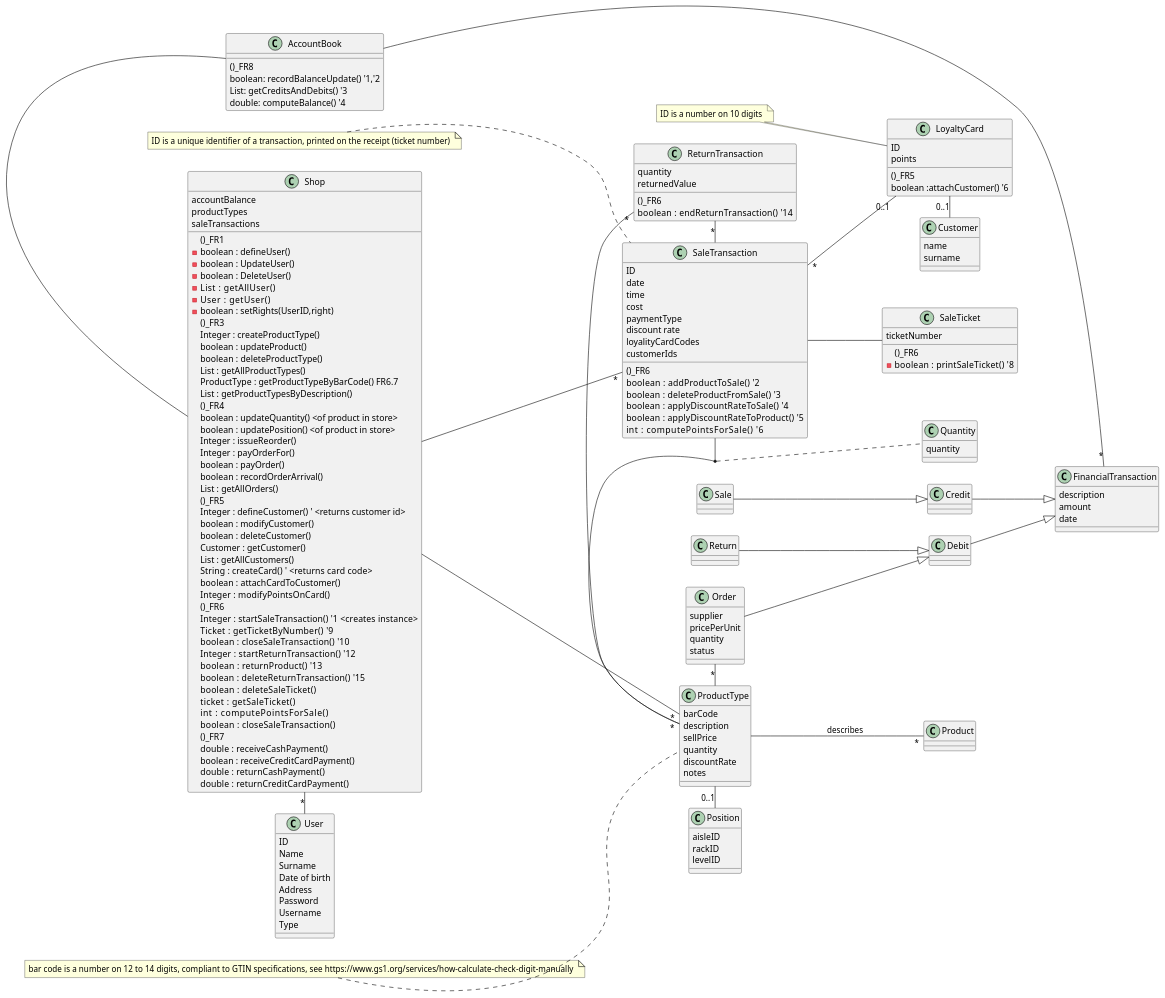
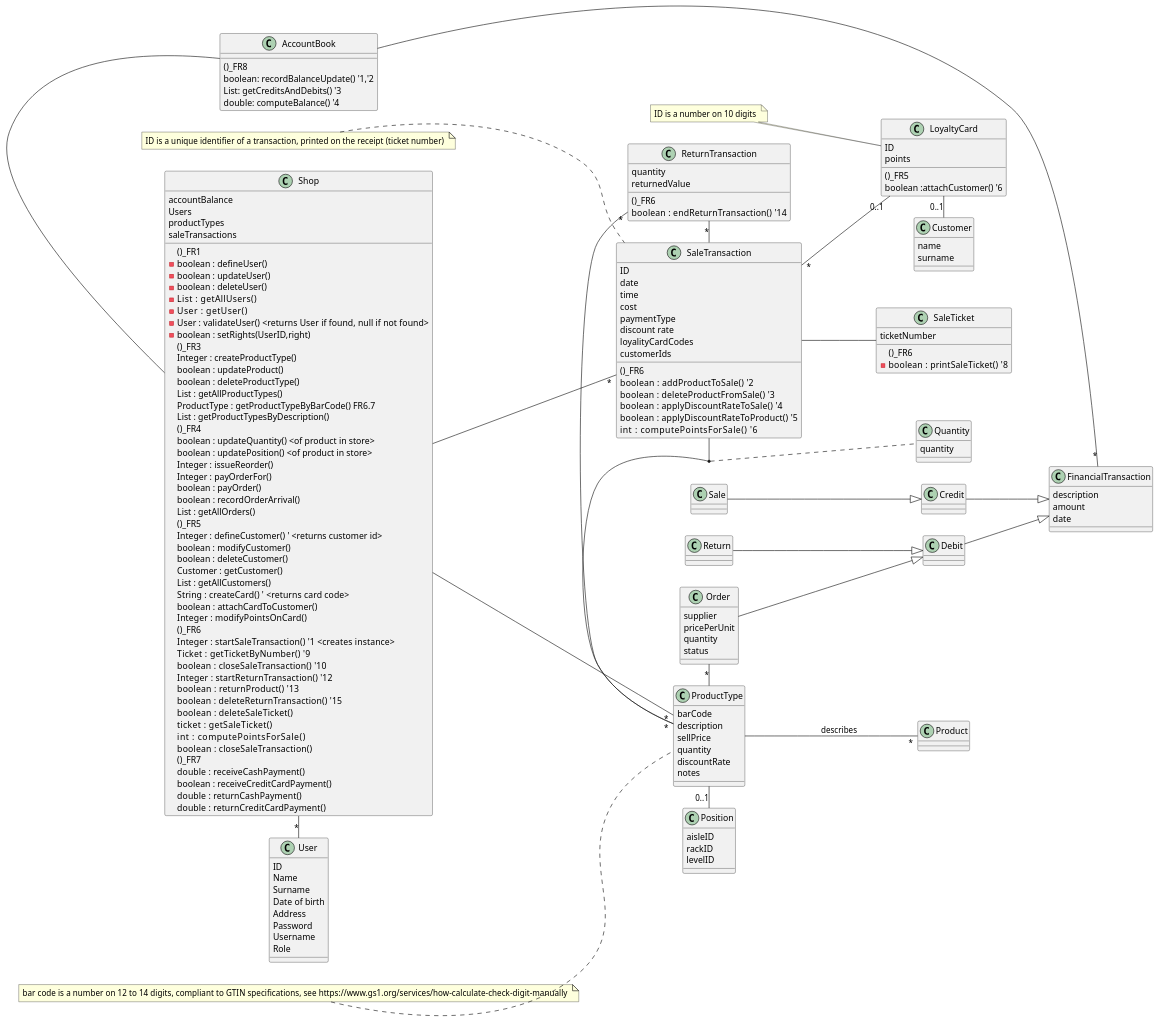
One commit to zitabou/EZShop changed the second of 9 diagrams in Deliverables/DesignDocument.md. Above: the diagram before and after it, drawn with PlantUML. The commit also changed other lines of this file, not shown here.

Commit message:
add sequence 1.x 2.x

```diff
--- a/Deliverables/DesignDocument.md
+++ b/Deliverables/DesignDocument.md
@@ -51,14 +51,16 @@
 
 class Shop{
     accountBalance
+    Users
     productTypes
     saleTransactions
     ()_FR1
     -boolean : defineUser()
-    -boolean : UpdateUser()
-    -boolean : DeleteUser()
-    -List    : getAllUser()
+    -boolean : updateUser()
+    -boolean : deleteUser()
+    -List    : getAllUsers()
     -User    : getUser()
+    -User : validateUser()  <returns User if found, null if not found>
     -boolean : setRights(UserID,right)
     ()_FR3
     Integer : createProductType()
@@ -110,7 +112,7 @@
     Address
     Password
     Username
-    Type
+    Role
 }
 User "*"-l Shop
 
```
